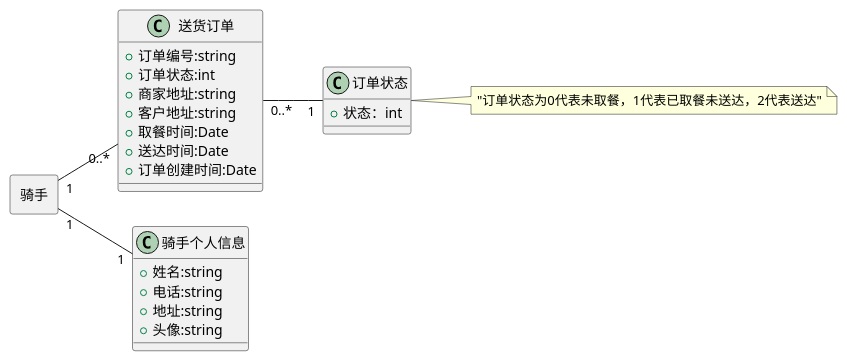
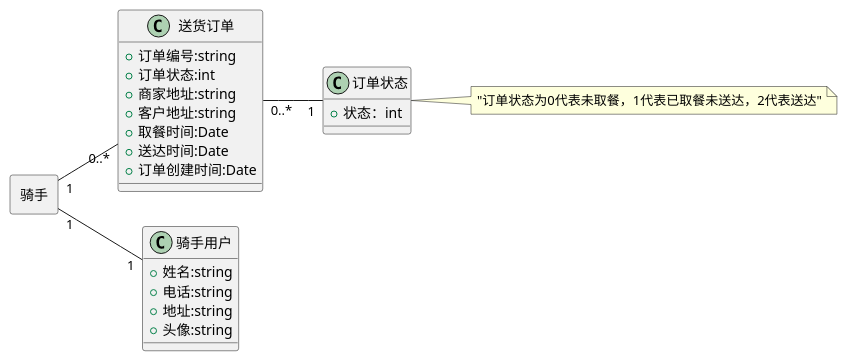
Before and after one commit to dawn1206/ruran2UML: the diagram in src/骑手业务设计.puml, drawn with PlantUML. The commit also changed 11 other files, not shown here.

```diff
--- a/src/骑手业务设计.puml
+++ b/src/骑手业务设计.puml
@@ -1,54 +1,40 @@
 @startuml
 'https://plantuml.com/class-diagram
 
 'abstract class AbstractList
 'abstract AbstractCollection
 'interface List
 'interface Collection
 left to right direction
 
-'List <|-- AbstractList
-'Collection <|-- AbstractCollection
 class 订单状态{
     + 状态：int
 }
 
 class 送货订单{
 + 订单编号:string
 + 订单状态:int
 + 商家地址:string
 + 客户地址:string
 + 取餐时间:Date
 + 送达时间:Date
 + 订单创建时间:Date
 }
 
-'class 未完成订单 {
-' 送货订单列表:送货订单[]
-' 查看详细订单(订单编号:string):送货订单
-' 确认取餐(订单编号:string):送货订单
-' 确认送达(订单编号:string):送货订单
-'}
-'
-'class 已完成订单 {
-'  送货订单列表:送货订单[]
-'   查看详细订单(订单编号:string):送货订单
-'}
-
-class 骑手个人信息{
+class 骑手用户{
 + 姓名:string
 + 电话:string
 + 地址:string
 +  头像:string
 }
 rectangle 骑手{
 }
 
-骑手 "1" -- "1" 骑手个人信息
+骑手 "1" -- "1" 骑手用户
 骑手 "1" -- "0..*" 送货订单
 送货订单 "0..*" -- "1" 订单状态
 
 note right of 订单状态 :"订单状态为0代表未取餐，1代表已取餐未送达，2代表送达"
 
 
 @enduml
```
